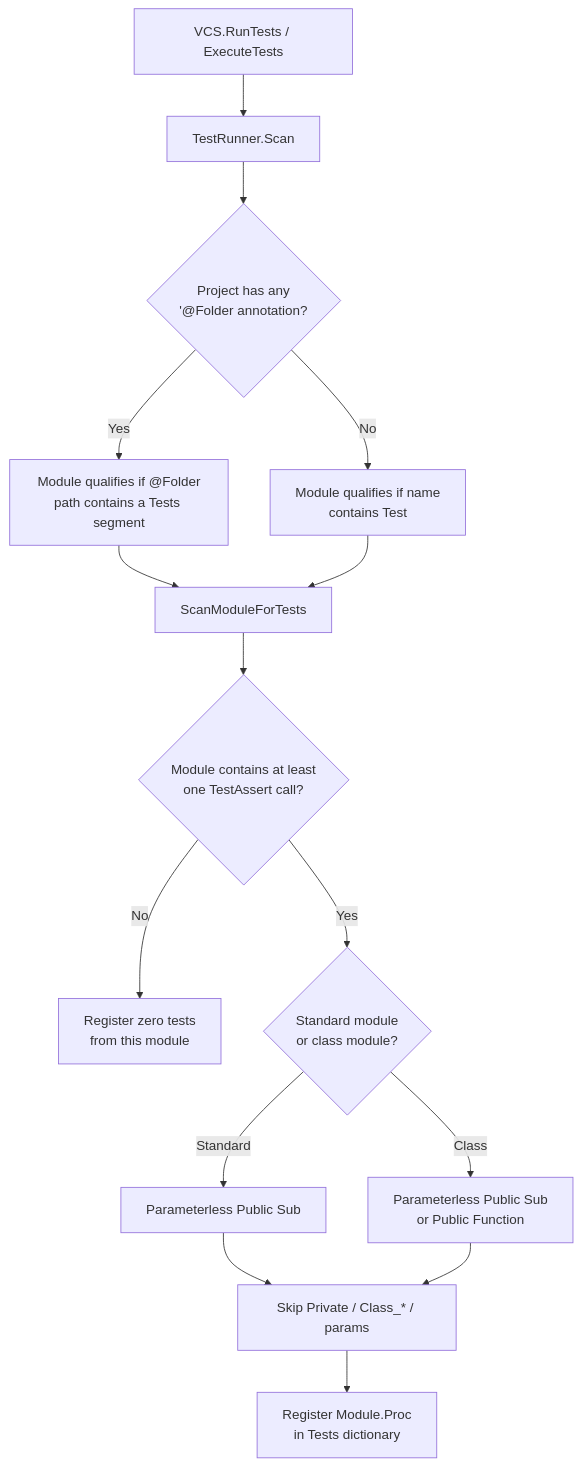
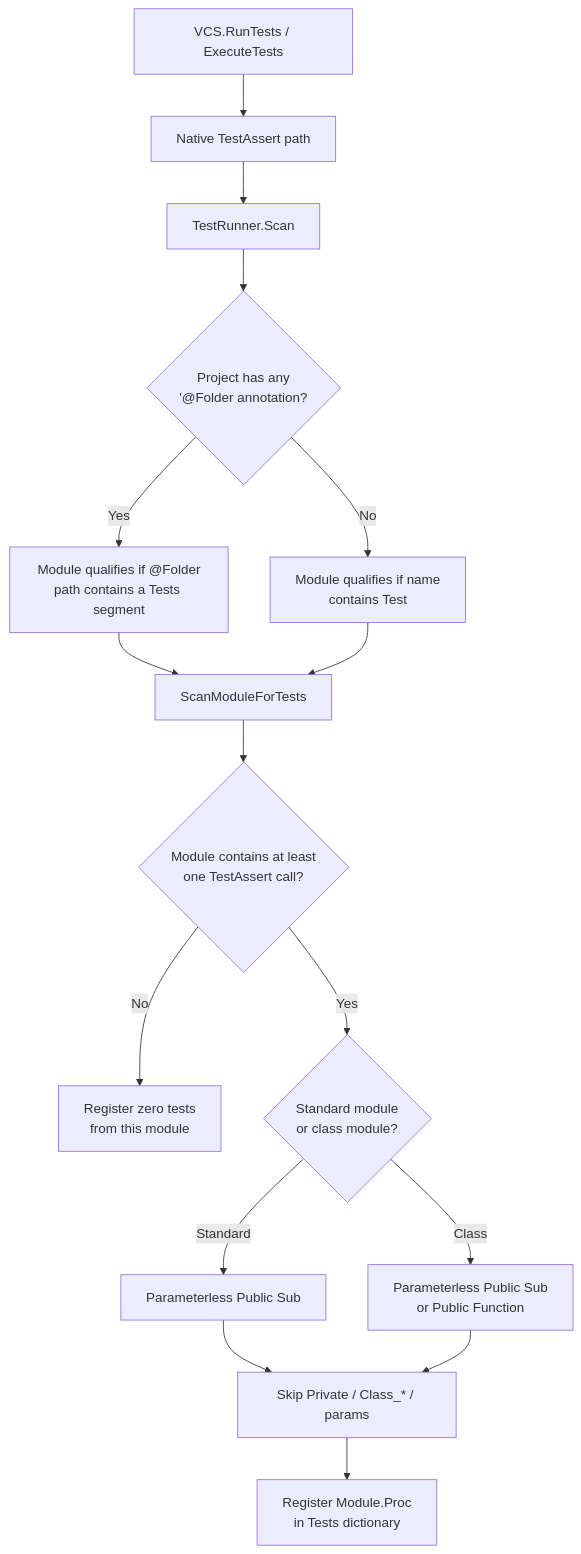
The first of 3 diagrams in Wiki/Testing.md (joyfullservice/msaccess-vcs-addin), drawn with Mermaid before and after one commit. The commit also changed other lines of this file, not shown here.

Commit message:
docs: distinguish native and Rubberduck test discovery
Scope the TestAssert discovery flowchart and rules to the native path so they do not conflict with the separate Rubberduck annotation path.

````diff
--- a/Wiki/Testing.md
+++ b/Wiki/Testing.md
@@ -63,17 +67,18 @@
 ```mermaid
 flowchart TD
-  A[VCS.RunTests / ExecuteTests] --> B[TestRunner.Scan]
-  B --> C{Project has any<br/>'@Folder annotation?}
-  C -->|Yes| D[Module qualifies if @Folder<br/>path contains a Tests segment]
-  C -->|No| E[Module qualifies if name<br/>contains Test]
-  D --> F[ScanModuleForTests]
-  E --> F
-  F --> G{Module contains at least<br/>one TestAssert call?}
-  G -->|No| H[Register zero tests<br/>from this module]
-  G -->|Yes| I{Standard module<br/>or class module?}
-  I -->|Standard| J[Parameterless Public Sub]
-  I -->|Class| K[Parameterless Public Sub<br/>or Public Function]
-  J --> L[Skip Private / Class_* / params]
-  K --> L
-  L --> M[Register Module.Proc<br/>in Tests dictionary]
+  A[VCS.RunTests / ExecuteTests] --> B[Native TestAssert path]
+  B --> C[TestRunner.Scan]
+  C --> D{Project has any<br/>'@Folder annotation?}
+  D -->|Yes| E[Module qualifies if @Folder<br/>path contains a Tests segment]
+  D -->|No| F[Module qualifies if name<br/>contains Test]
+  E --> G[ScanModuleForTests]
+  F --> G
+  G --> H{Module contains at least<br/>one TestAssert call?}
+  H -->|No| I[Register zero tests<br/>from this module]
+  H -->|Yes| J{Standard module<br/>or class module?}
+  J -->|Standard| K[Parameterless Public Sub]
+  J -->|Class| L[Parameterless Public Sub<br/>or Public Function]
+  K --> M[Skip Private / Class_* / params]
+  L --> M
+  M --> N[Register Module.Proc<br/>in Tests dictionary]
 ```
````
